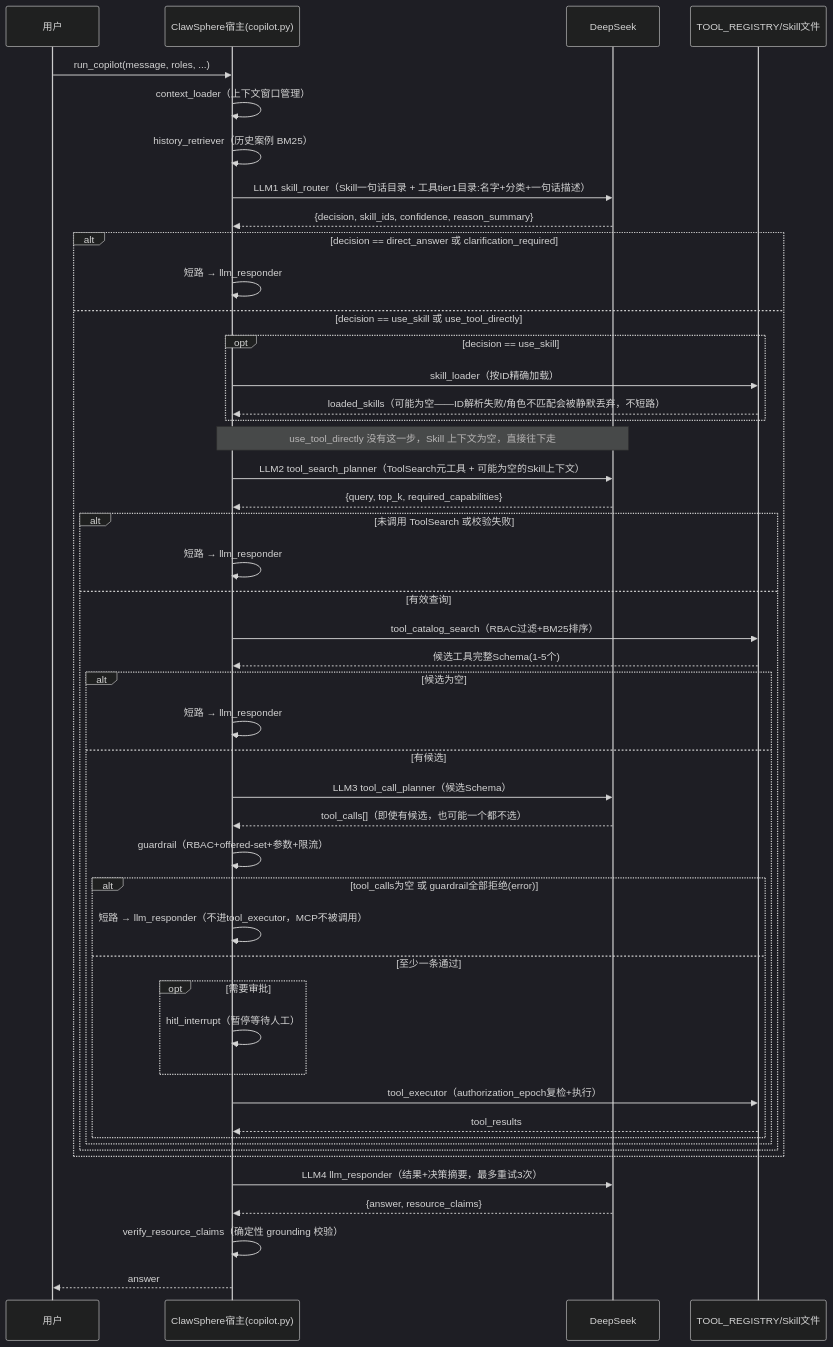
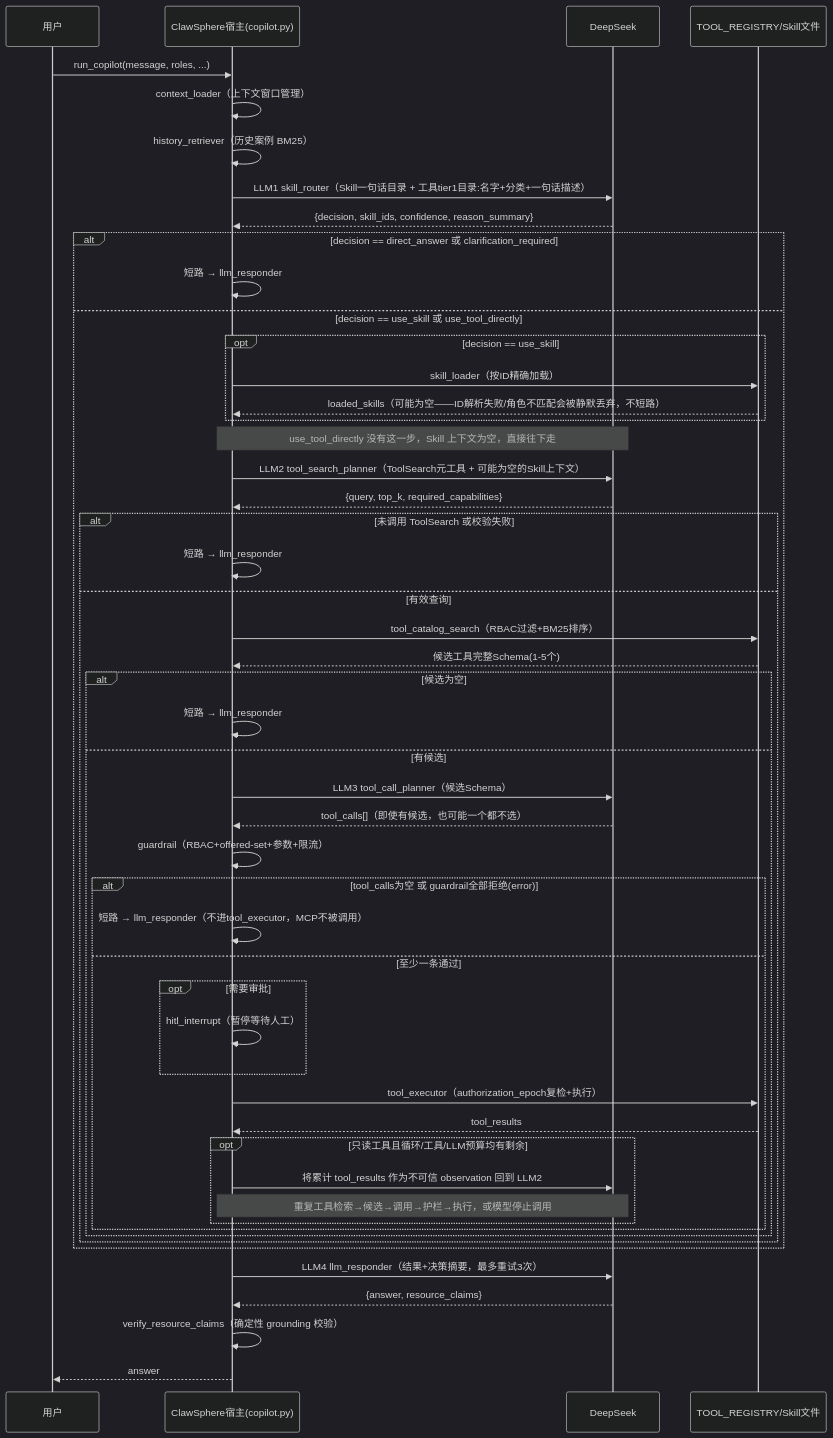
Before and after one commit to heavenhell/clawsphere: the diagram in docs/four-stage-agent-design.md, drawn with Mermaid (dark theme). The commit also changed other lines of this file and 3 other files, not shown here.

````diff
--- a/docs/four-stage-agent-design.md
+++ b/docs/four-stage-agent-design.md
@@ -17,57 +19,61 @@
 ```mermaid
 sequenceDiagram
     participant U as 用户
     participant H as ClawSphere宿主(copilot.py)
     participant L as DeepSeek
     participant T as TOOL_REGISTRY/Skill文件
 
     U->>H: run_copilot(message, roles, ...)
     H->>H: context_loader（上下文窗口管理）
     H->>H: history_retriever（历史案例 BM25）
 
     H->>L: LLM1 skill_router（Skill一句话目录 + 工具tier1目录:名字+分类+一句话描述）
     L-->>H: {decision, skill_ids, confidence, reason_summary}
 
     alt decision == direct_answer 或 clarification_required
         H->>H: 短路 → llm_responder
     else decision == use_skill 或 use_tool_directly
         opt decision == use_skill
             H->>T: skill_loader（按ID精确加载）
             T-->>H: loaded_skills（可能为空——ID解析失败/角色不匹配会被静默丢弃，不短路）
         end
         note over H,L: use_tool_directly 没有这一步，Skill 上下文为空，直接往下走
 
         H->>L: LLM2 tool_search_planner（ToolSearch元工具 + 可能为空的Skill上下文）
         L-->>H: {query, top_k, required_capabilities}
 
         alt 未调用 ToolSearch 或校验失败
             H->>H: 短路 → llm_responder
         else 有效查询
             H->>T: tool_catalog_search（RBAC过滤+BM25排序）
             T-->>H: 候选工具完整Schema(1-5个)
 
             alt 候选为空
                 H->>H: 短路 → llm_responder
             else 有候选
                 H->>L: LLM3 tool_call_planner（候选Schema）
                 L-->>H: tool_calls[]（即使有候选，也可能一个都不选）
 
                 H->>H: guardrail（RBAC+offered-set+参数+限流）
                 alt tool_calls为空 或 guardrail全部拒绝(error)
                     H->>H: 短路 → llm_responder（不进tool_executor，MCP不被调用）
                 else 至少一条通过
                     opt 需要审批
                         H->>H: hitl_interrupt（暂停等待人工）
                     end
                     H->>T: tool_executor（authorization_epoch复检+执行）
                     T-->>H: tool_results
+                    opt 只读工具且循环/工具/LLM预算均有剩余
+                        H->>L: 将累计 tool_results 作为不可信 observation 回到 LLM2
+                        note over H,L: 重复工具检索→候选→调用→护栏→执行，或模型停止调用
+                    end
                 end
             end
         end
     end
 
     H->>L: LLM4 llm_responder（结果+决策摘要，最多重试3次）
     L-->>H: {answer, resource_claims}
     H->>H: verify_resource_claims（确定性 grounding 校验）
     H-->>U: answer
 ```
````
